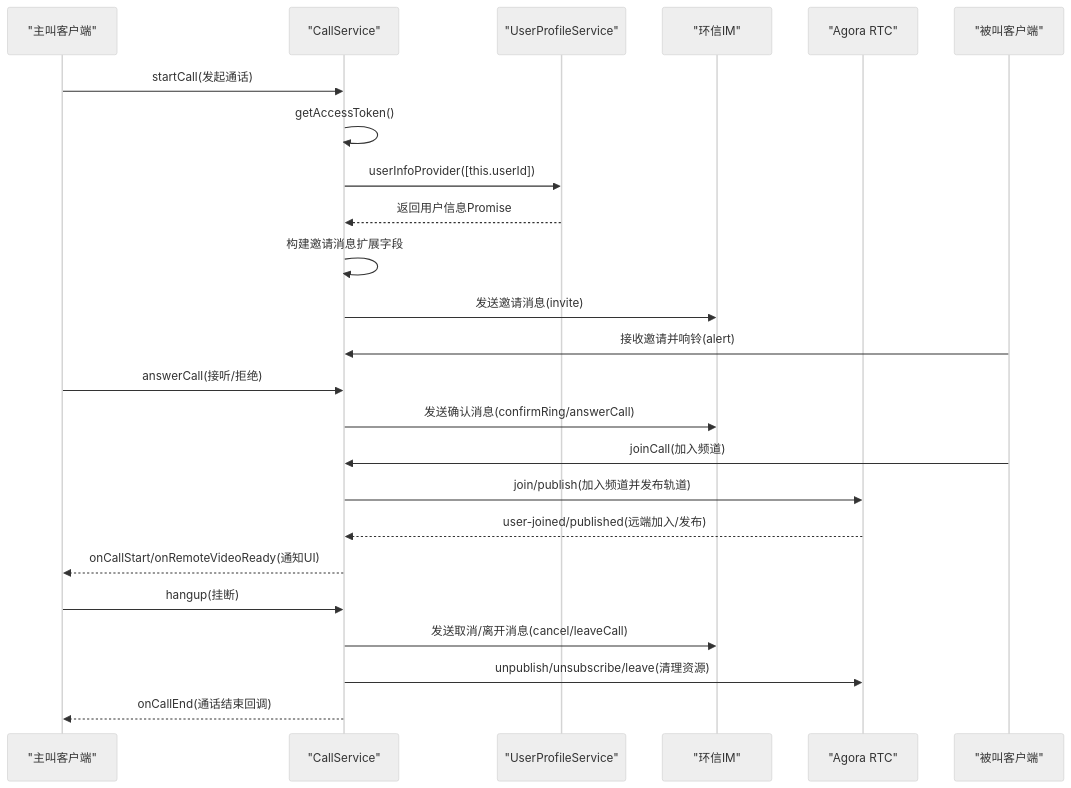
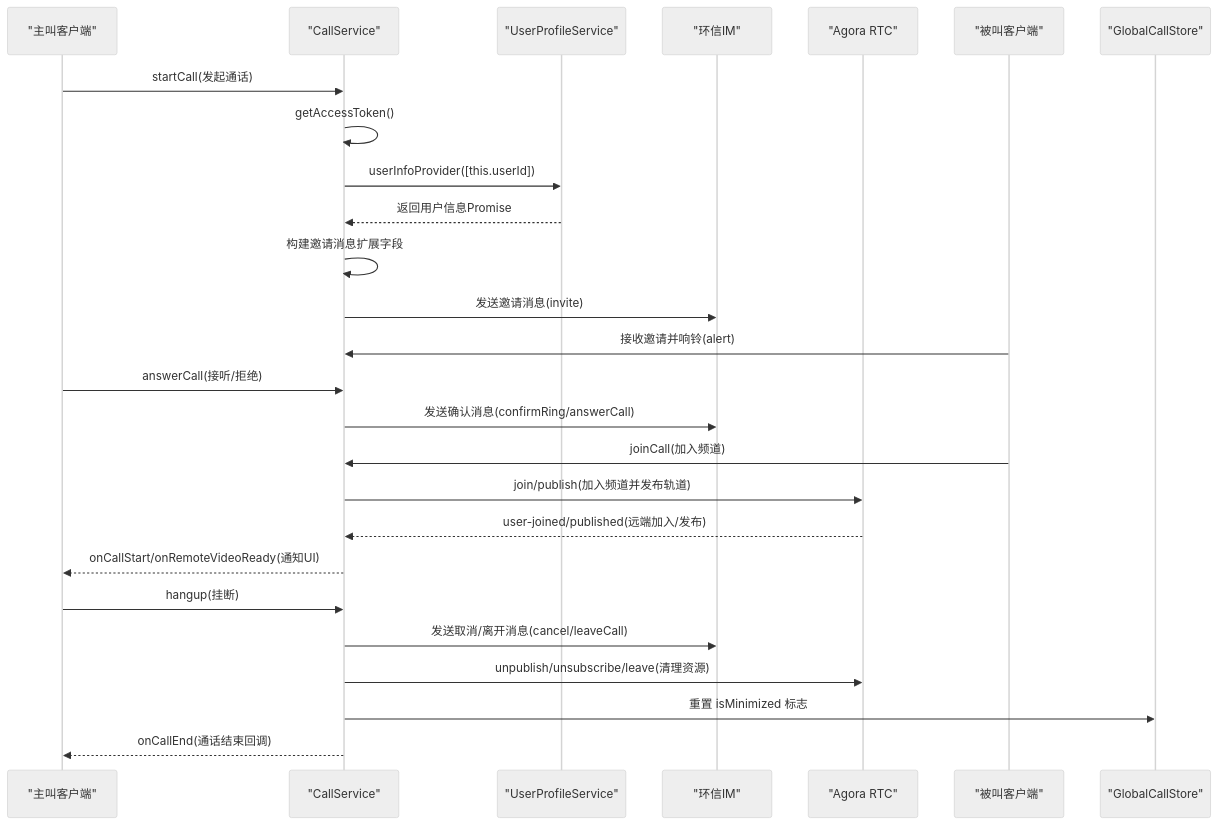
The second of 10 diagrams in .qoder/repowiki/zh/content/服务层/通话服务 (CallService).md (Easemob-Community/easemob-uikit-callkit-vue3), drawn with Mermaid (neutral theme) before and after one commit. The commit also changed other lines of this file and 58 other files, not shown here.

````diff
--- a/.qoder/repowiki/zh/content/服务层/通话服务 (CallService).md
+++ b/.qoder/repowiki/zh/content/服务层/通话服务 (CallService).md
@@ -135,26 +159,28 @@
 ```mermaid
 sequenceDiagram
 participant Caller as "主叫客户端"
 participant CS as "CallService"
 participant UPS as "UserProfileService"
 participant IM as "环信IM"
 participant AG as "Agora RTC"
 participant Callee as "被叫客户端"
+participant GCS as "GlobalCallStore"
 Caller->>CS : startCall(发起通话)
 CS->>CS : getAccessToken()
 CS->>UPS : userInfoProvider([this.userId])
 UPS-->>CS : 返回用户信息Promise
 CS->>CS : 构建邀请消息扩展字段
 CS->>IM : 发送邀请消息(invite)
 Callee->>CS : 接收邀请并响铃(alert)
 Caller->>CS : answerCall(接听/拒绝)
 CS->>IM : 发送确认消息(confirmRing/answerCall)
 Callee->>CS : joinCall(加入频道)
 CS->>AG : join/publish(加入频道并发布轨道)
 AG-->>CS : user-joined/published(远端加入/发布)
 CS-->>Caller : onCallStart/onRemoteVideoReady(通知UI)
 Caller->>CS : hangup(挂断)
 CS->>IM : 发送取消/离开消息(cancel/leaveCall)
 CS->>AG : unpublish/unsubscribe/leave(清理资源)
+CS->>GCS : 重置 isMinimized 标志
 CS-->>Caller : onCallEnd(通话结束回调)
 ```
````
